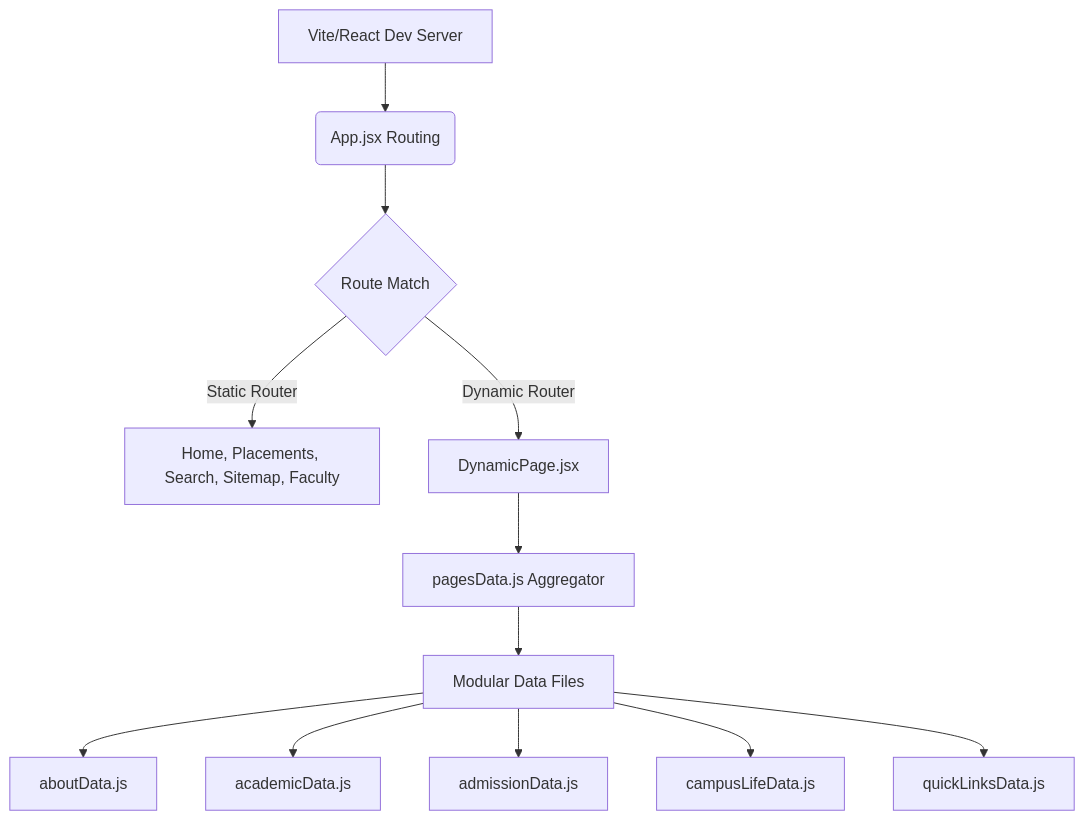
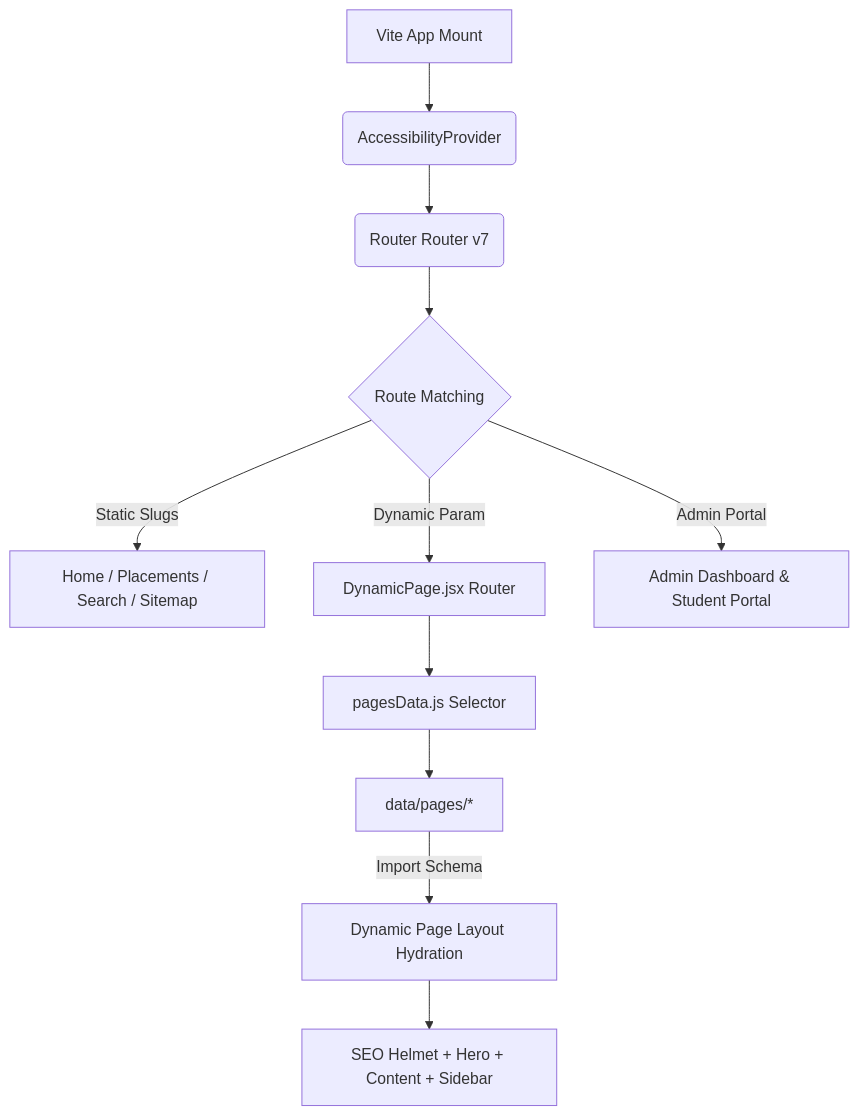
The diagram in README.md (JayantOlhyan/MSIT-), drawn with Mermaid before and after one commit. The commit also changed other lines of this file and 1 other file, not shown here.

Commit message:
docs: overhaul project README and update team member layout in Team component

````diff
--- a/README.md
+++ b/README.md
@@ -51,14 +96,13 @@
 ```mermaid
 graph TD
-    A[Vite/React Dev Server] --> B(App.jsx Routing)
-    B --> C{Route Match}
-    C -->|Static Router| D[Home, Placements, Search, Sitemap, Faculty]
-    C -->|Dynamic Router| E[DynamicPage.jsx]
-    E --> F[pagesData.js Aggregator]
-    F --> G[Modular Data Files]
-    G --> H[aboutData.js]
-    G --> I[academicData.js]
-    G --> J[admissionData.js]
-    G --> K[campusLifeData.js]
-    G --> L[quickLinksData.js]
+    A[Vite App Mount] --> B(AccessibilityProvider)
+    B --> C(Router Router v7)
+    C --> D{Route Matching}
+    D -->|Static Slugs| E[Home / Placements / Search / Sitemap]
+    D -->|Dynamic Param| F[DynamicPage.jsx Router]
+    D -->|Admin Portal| G[Admin Dashboard & Student Portal]
+    F --> H[pagesData.js Selector]
+    H --> I[data/pages/*]
+    I -->|Import Schema| J[Dynamic Page Layout Hydration]
+    J --> K[SEO Helmet + Hero + Content + Sidebar]
 ```
````
